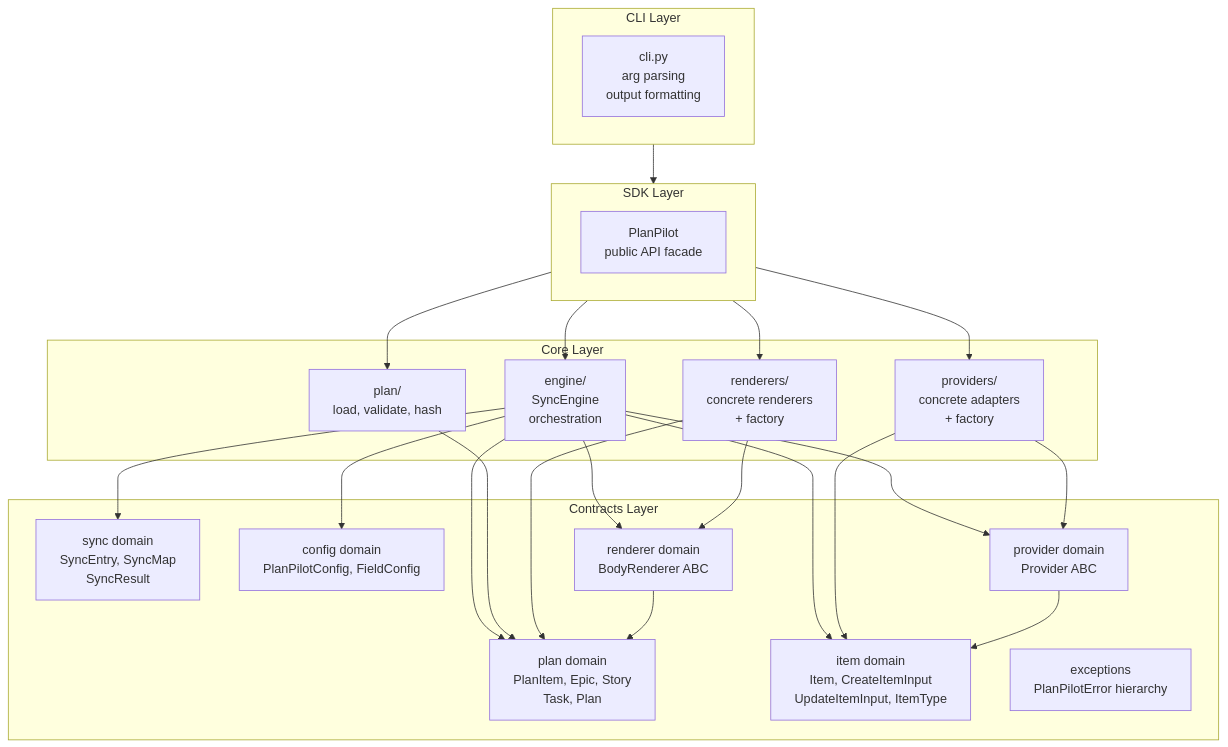
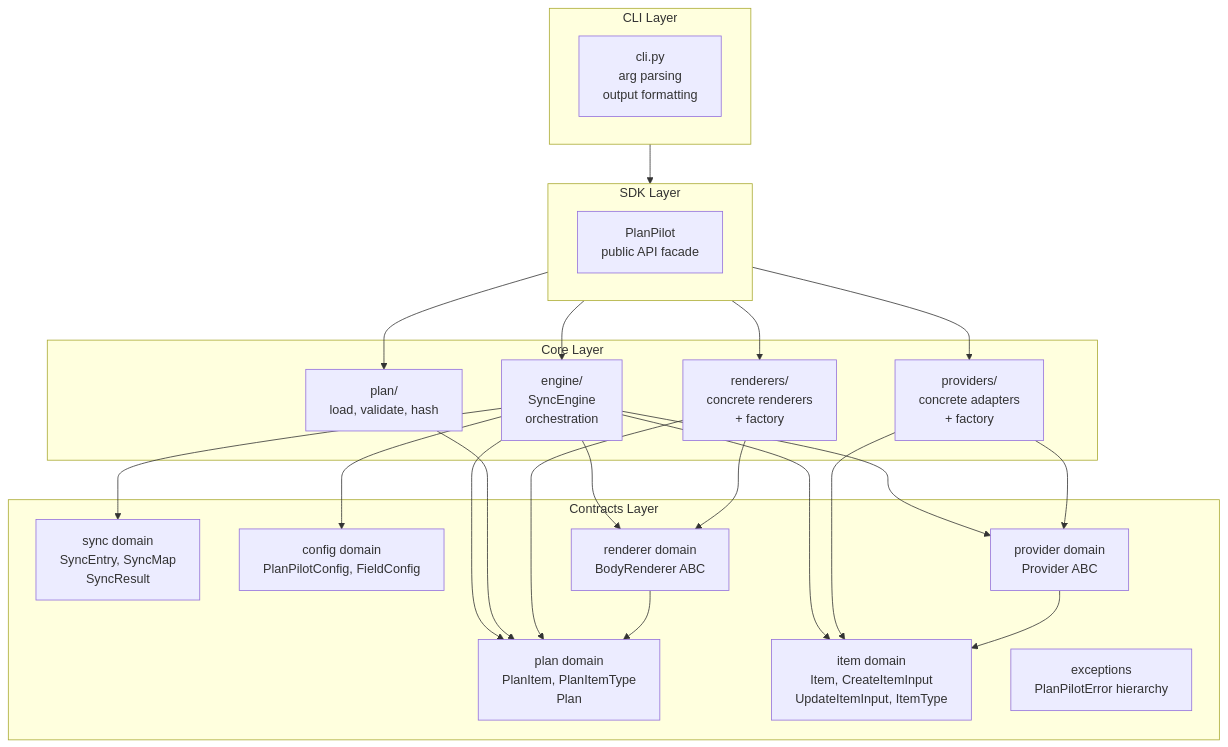
Before and after one commit to aryeko/planpilot: the first of 3 diagrams in docs/v2/architecture.md, drawn with Mermaid. The commit also changed other lines of this file and 4 other files, not shown here.

First line of the commit message:
docs: flatten PlanItem model — remove Epic/Story/Task subclasses

````diff
--- a/docs/v2/architecture.md
+++ b/docs/v2/architecture.md
@@ -22,46 +22,46 @@
 ```mermaid
 flowchart TB
     subgraph Contracts["Contracts Layer"]
-        PlanDomain["plan domain<br/>PlanItem, Epic, Story<br/>Task, Plan"]
+        PlanDomain["plan domain<br/>PlanItem, PlanItemType<br/>Plan"]
         ItemDomain["item domain<br/>Item, CreateItemInput<br/>UpdateItemInput, ItemType"]
         SyncDomain["sync domain<br/>SyncEntry, SyncMap<br/>SyncResult"]
         ConfigDomain["config domain<br/>PlanPilotConfig, FieldConfig"]
         ProviderDomain["provider domain<br/>Provider ABC"]
         RendererDomain["renderer domain<br/>BodyRenderer ABC"]
         Exceptions["exceptions<br/>PlanPilotError hierarchy"]
     end
 
     subgraph Core["Core Layer"]
         Engine["engine/<br/>SyncEngine<br/>orchestration"]
         PlanCore["plan/<br/>load, validate, hash"]
         Providers["providers/<br/>concrete adapters<br/>+ factory"]
         Renderers["renderers/<br/>concrete renderers<br/>+ factory"]
     end
 
     subgraph SDK["SDK Layer"]
         PlanPilot["PlanPilot<br/>public API facade"]
     end
 
     subgraph CLI["CLI Layer"]
         CLIModule["cli.py<br/>arg parsing<br/>output formatting"]
     end
 
     CLI --> SDK
     SDK --> Engine
     SDK --> PlanCore
     SDK --> Providers
     SDK --> Renderers
     Engine --> ProviderDomain
     Engine --> RendererDomain
     Engine --> PlanDomain
     Engine --> ItemDomain
     Engine --> SyncDomain
     Engine --> ConfigDomain
     PlanCore --> PlanDomain
     Providers --> ProviderDomain
     Providers --> ItemDomain
     Renderers --> RendererDomain
     Renderers --> PlanDomain
     RendererDomain --> PlanDomain
     ProviderDomain --> ItemDomain
 ```
````
